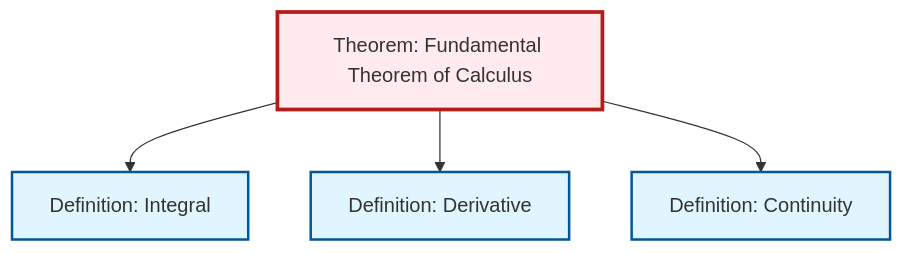
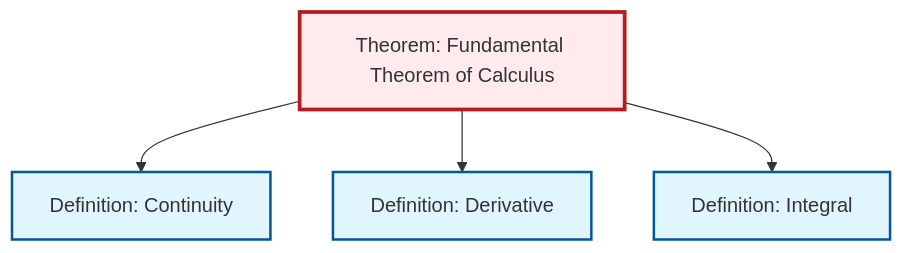
Before and after one commit to RK0429/ModernMath: the diagram in content/en/analysis/thm-fundamental-calculus.qmd, drawn with Mermaid. The commit also changed other lines of this file and 619 other files, not shown here.

````diff
--- a/content/en/analysis/thm-fundamental-calculus.qmd
+++ b/content/en/analysis/thm-fundamental-calculus.qmd
@@ -141,20 +141,20 @@
 ```{mermaid}
 %%| fig-cap: "Local dependency graph"
 graph TD
     classDef definition fill:#e1f5fe,stroke:#01579b,stroke-width:2px
     classDef theorem fill:#f3e5f5,stroke:#4a148c,stroke-width:2px
     classDef axiom fill:#fff3e0,stroke:#e65100,stroke-width:2px
     classDef example fill:#e8f5e9,stroke:#1b5e20,stroke-width:2px
     classDef current fill:#ffebee,stroke:#b71c1c,stroke-width:3px
+    def-continuity["Definition: Continuity"]:::definition
+    def-integral["Definition: Integral"]:::definition
     thm-fundamental-calculus["Theorem: Fundamental Theorem of Calculus"]:::theorem
     def-derivative["Definition: Derivative"]:::definition
-    def-continuity["Definition: Continuity"]:::definition
-    def-integral["Definition: Integral"]:::definition
+    thm-fundamental-calculus --> def-continuity
+    thm-fundamental-calculus --> def-derivative
     thm-fundamental-calculus --> def-integral
-    thm-fundamental-calculus --> def-derivative
-    thm-fundamental-calculus --> def-continuity
     class thm-fundamental-calculus current
-    click def-derivative "def-derivative.html" "Go to Derivative definition"
     click def-continuity "def-continuity.html" "Go to Continuity definition"
     click def-integral "def-integral.html" "Go to Integral definition"
+    click def-derivative "def-derivative.html" "Go to Derivative definition"
 ```
````
